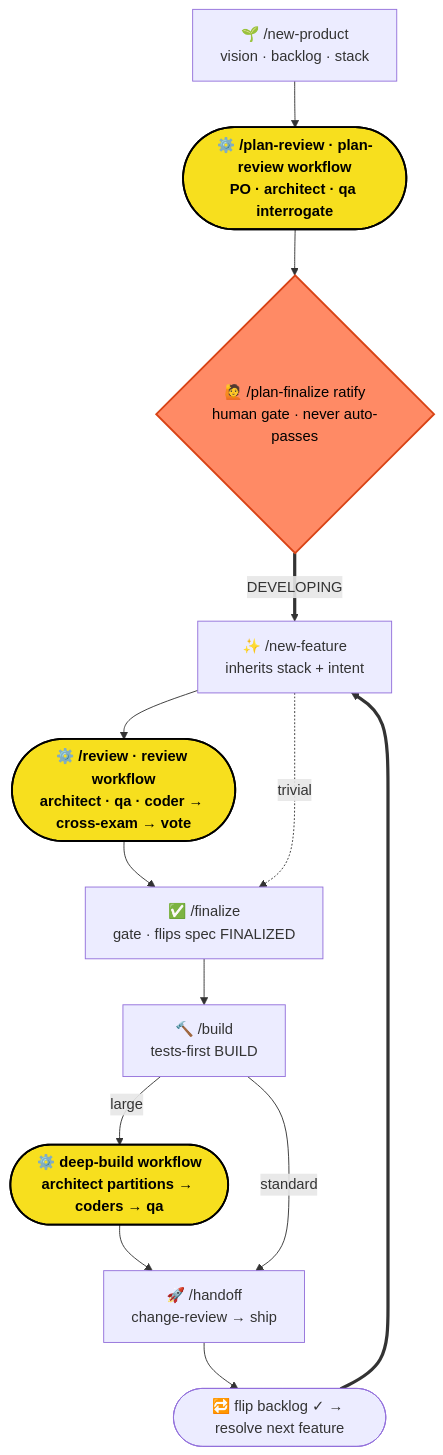
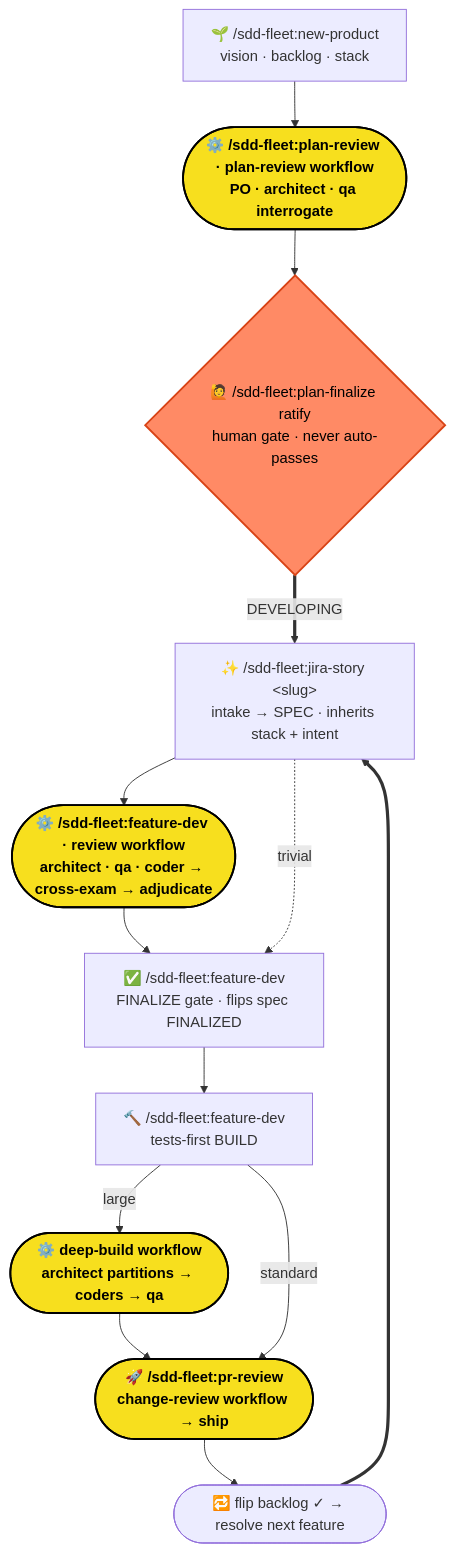
Before and after one commit to rocar/sdd-fleet: the fourth of 7 diagrams in README.md, drawn with Mermaid. The commit also changed other lines of this file and 2 other files, not shown here.

````diff
--- a/README.md
+++ b/README.md
@@ -79,27 +151,27 @@
 ```mermaid
 flowchart TD
-    NP["🌱 /new-product<br/>vision · backlog · stack"]
-    PR(["⚙️ /plan-review · plan-review workflow<br/>PO · architect · qa interrogate"])
-    PF{"🙋 /plan-finalize ratify<br/>human gate · never auto-passes"}
-    NF["✨ /new-feature<br/>inherits stack + intent"]
-    RV(["⚙️ /review · review workflow<br/>architect · qa · coder → cross-exam → vote"])
-    FZ["✅ /finalize<br/>gate · flips spec FINALIZED"]
-    BD["🔨 /build<br/>tests-first BUILD"]
+    NP["🌱 /sdd-fleet:new-product<br/>vision · backlog · stack"]
+    PR(["⚙️ /sdd-fleet:plan-review · plan-review workflow<br/>PO · architect · qa interrogate"])
+    PF{"🙋 /sdd-fleet:plan-finalize ratify<br/>human gate · never auto-passes"}
+    NF["✨ /sdd-fleet:jira-story &lt;slug&gt;<br/>intake → SPEC · inherits stack + intent"]
+    RV(["⚙️ /sdd-fleet:feature-dev · review workflow<br/>architect · qa · coder → cross-exam → adjudicate"])
+    FZ["✅ /sdd-fleet:feature-dev<br/>FINALIZE gate · flips spec FINALIZED"]
+    BD["🔨 /sdd-fleet:feature-dev<br/>tests-first BUILD"]
     DB(["⚙️ deep-build workflow<br/>architect partitions → coders → qa"])
-    HO["🚀 /handoff<br/>change-review → ship"]
+    HO(["🚀 /sdd-fleet:pr-review<br/>change-review workflow → ship"])
     LOOP(["🔁 flip backlog ✓ → resolve next feature"])
 
     NP --> PR --> PF
     PF ==>|DEVELOPING| NF
     NF --> RV --> FZ
     NF -.->|trivial| FZ
     FZ --> BD
     BD -->|large| DB --> HO
     BD -->|standard| HO
     HO --> LOOP ==> NF
 
     classDef js fill:#f7df1e,color:#000,stroke:#000,stroke-width:2px,font-weight:bold;
     classDef gate fill:#ff8a65,color:#000,stroke:#d84315,stroke-width:2px;
-    class PR,RV,DB js;
+    class PR,RV,DB,HO js;
     class PF gate;
 ```
````
